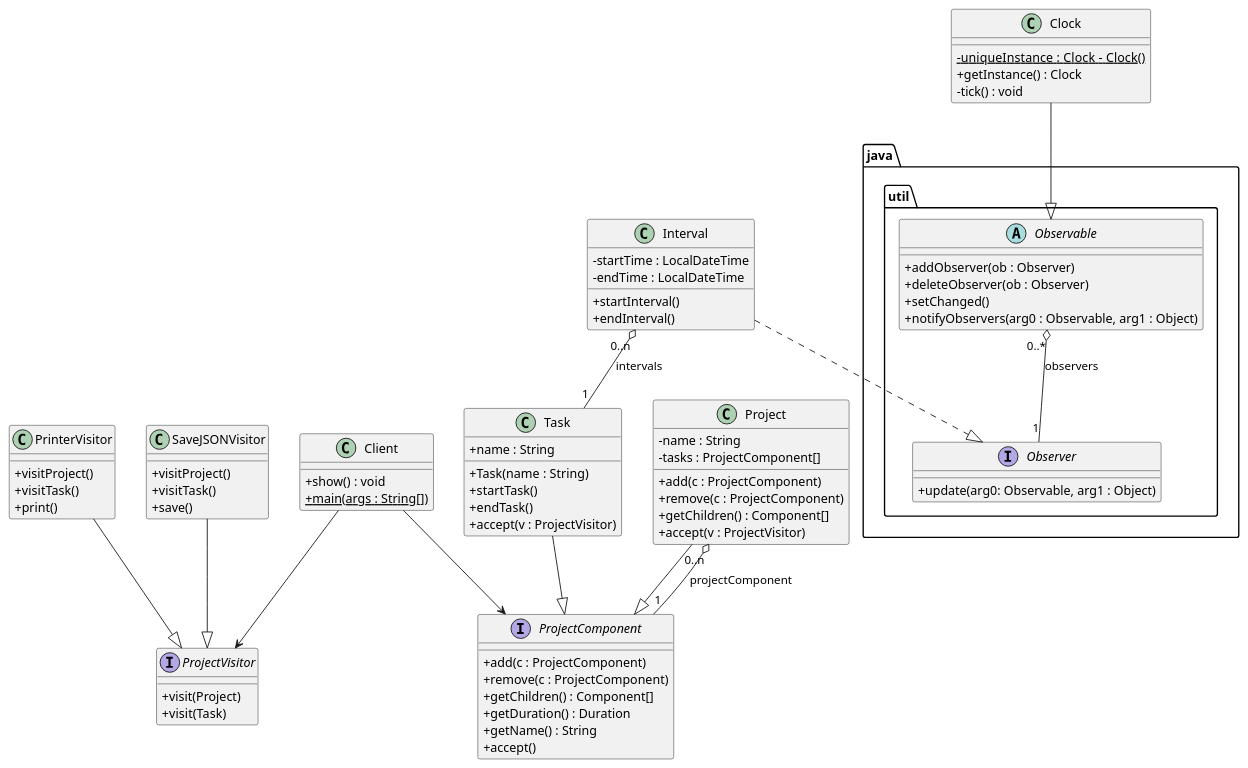
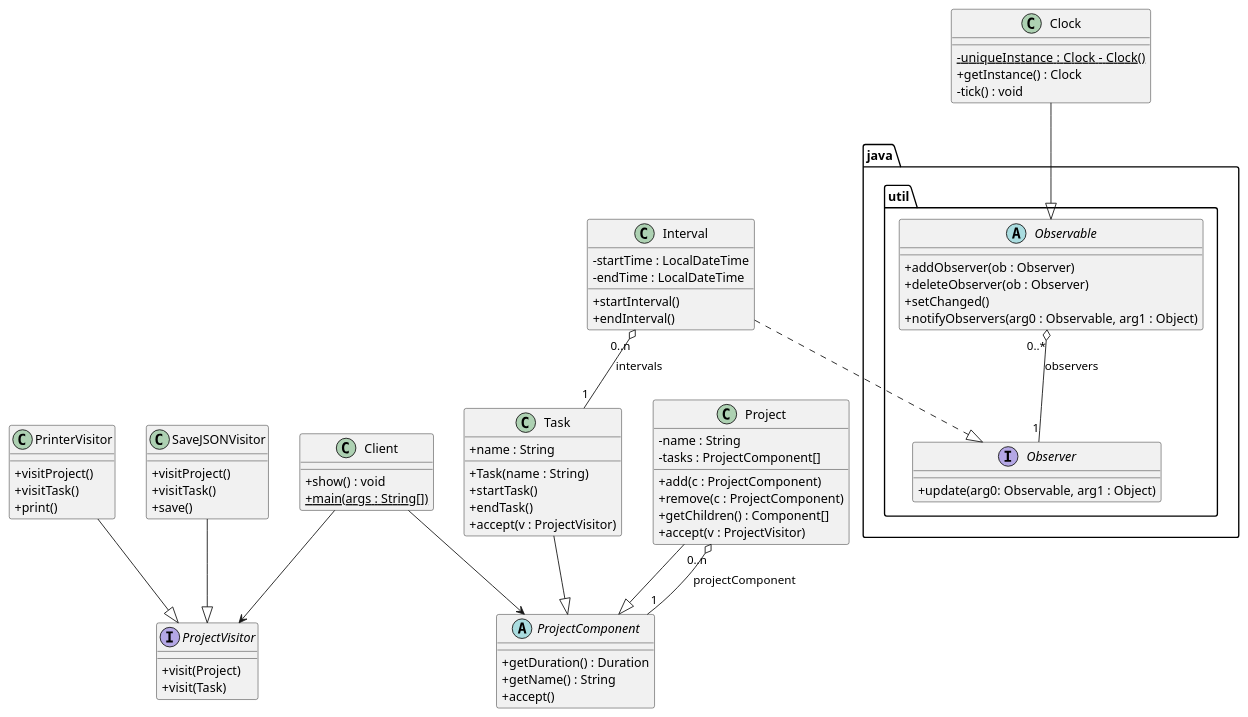
One commit to juankasv99/DS-Projecte changed the diagram in PlantUML previo/Draft5.puml. Above: the diagram before and after it, drawn with PlantUML. The commit also changed 6 other files, not shown here.

```diff
--- a/PlantUML previo/Draft5.puml
+++ b/PlantUML previo/Draft5.puml
@@ -1,92 +1,89 @@
 @startuml
 skinparam classAttributeIconSize 0
 
 class Client {
     + show() : void
     + {static} main(args : String[])
 }
 
 interface ProjectVisitor {
     + visit(Project)
     + visit(Task)
 }
 
 class PrinterVisitor {
     + visitProject()
     + visitTask()
     + print()
 }
 
 class SaveJSONVisitor {
     + visitProject()
     + visitTask()
     + save()
 }
 
-interface ProjectComponent {
-    + add(c : ProjectComponent)
-    + remove(c : ProjectComponent)
-    + getChildren() : Component[]
+abstract ProjectComponent {
     + getDuration() : Duration
     + getName() : String
     + accept()
 }
 
 class Project {
     - name : String
     - tasks : ProjectComponent[]
     + add(c : ProjectComponent)
     + remove(c : ProjectComponent)
     + getChildren() : Component[]
     + accept(v : ProjectVisitor)
 }
 
 class Task {
     + name : String
     + Task(name : String)
     + startTask()
     + endTask()
     + accept(v : ProjectVisitor)
 }
 
 class Interval {
     - startTime : LocalDateTime
     - endTime : LocalDateTime
     + startInterval()
     + endInterval()
 }
 
 class Clock {
     - {static} uniqueInstance : Clock  - Clock()
     + getInstance() : Clock
     - tick() : void
 }
 
 package "java.util" {
     abstract Observable {
         + addObserver(ob : Observer)
         + deleteObserver(ob : Observer)
         + setChanged()
         + notifyObservers(arg0 : Observable, arg1 : Object)
     }
 
     interface Observer {
         + update(arg0: Observable, arg1 : Object)
     }
 }
 
 Observable "0..*" o-- "1" Observer : observers
 
 Clock --|> Observable
 Interval ..|> Observer
 
 Client --> ProjectComponent
 Project "0..n" o-- "1" ProjectComponent : projectComponent
 Project --|> ProjectComponent
 Task --|> ProjectComponent
 Interval "0..n" o-- "1" Task : intervals
 
 Client --> ProjectVisitor
 PrinterVisitor --|> ProjectVisitor
 SaveJSONVisitor --|> ProjectVisitor
 @enduml
```
